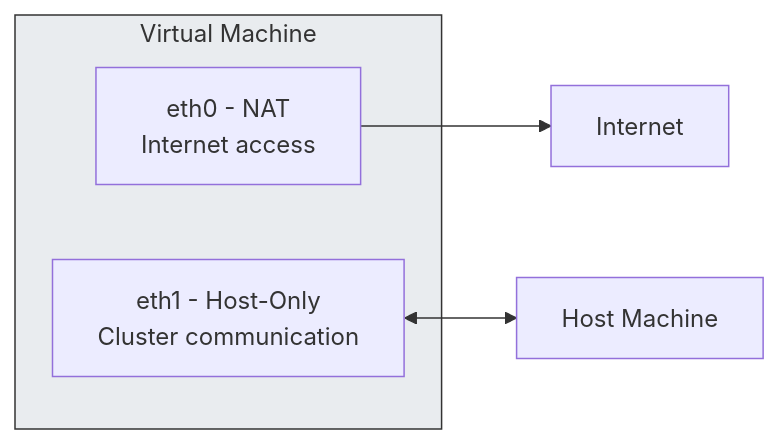
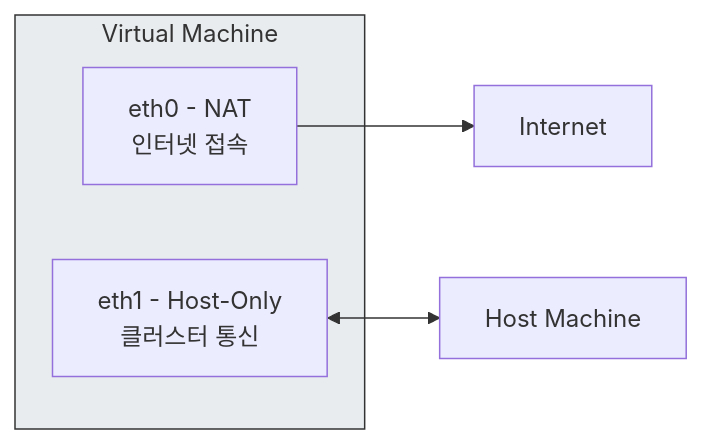
Before and after one commit to doxxx93/doxxx.dev: the sixth of 9 diagrams in i18n/en/docusaurus-plugin-content-blog/2026-01-05/the-weight-of-kubernetes-installation.md, drawn with Mermaid. The commit also changed other lines of this file and 4 other files, not shown here.

````diff
--- a/i18n/en/docusaurus-plugin-content-blog/2026-01-05/the-weight-of-kubernetes-installation.md
+++ b/i18n/en/docusaurus-plugin-content-blog/2026-01-05/the-weight-of-kubernetes-installation.md
@@ -192,12 +192,12 @@
 ```mermaid
 graph LR
     subgraph VM["Virtual Machine"]
-        eth0["eth0 - NAT<br/>Internet access"]
-        eth1["eth1 - Host-Only<br/>Cluster communication"]
+        eth0["eth0 - NAT<br/>인터넷 접속"]
+        eth1["eth1 - Host-Only<br/>클러스터 통신"]
     end
 
     eth0 --> Internet["Internet"]
     eth1 <--> Host["Host Machine"]
 
     style VM fill:#e9ecef,stroke:#333
 ```
````
